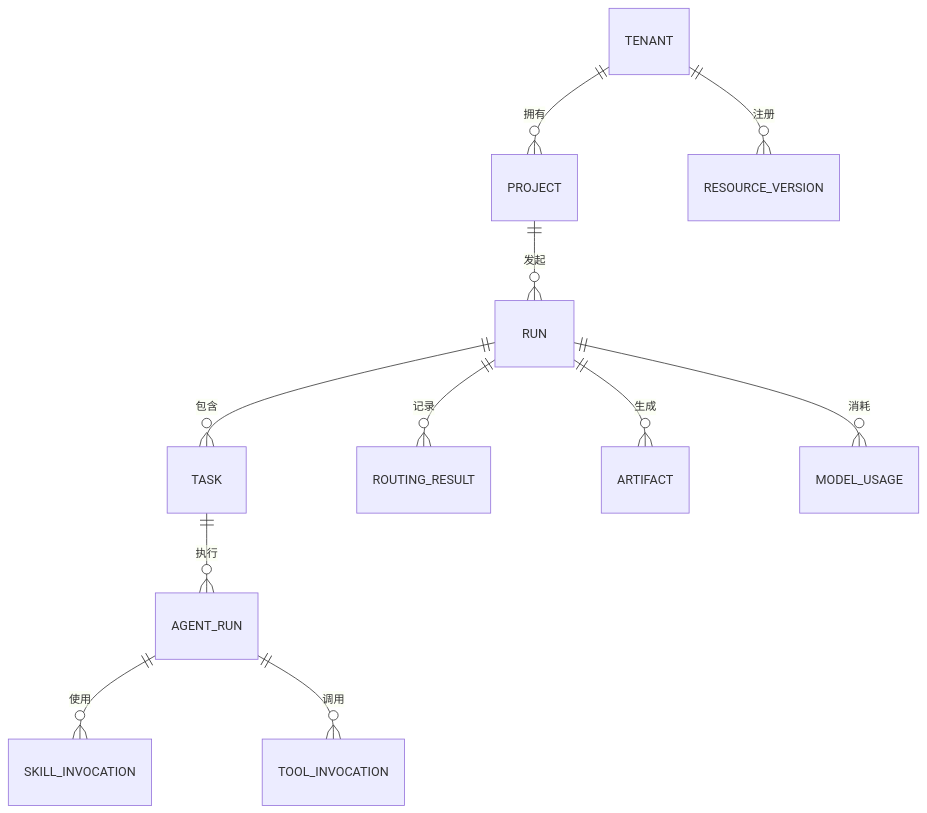
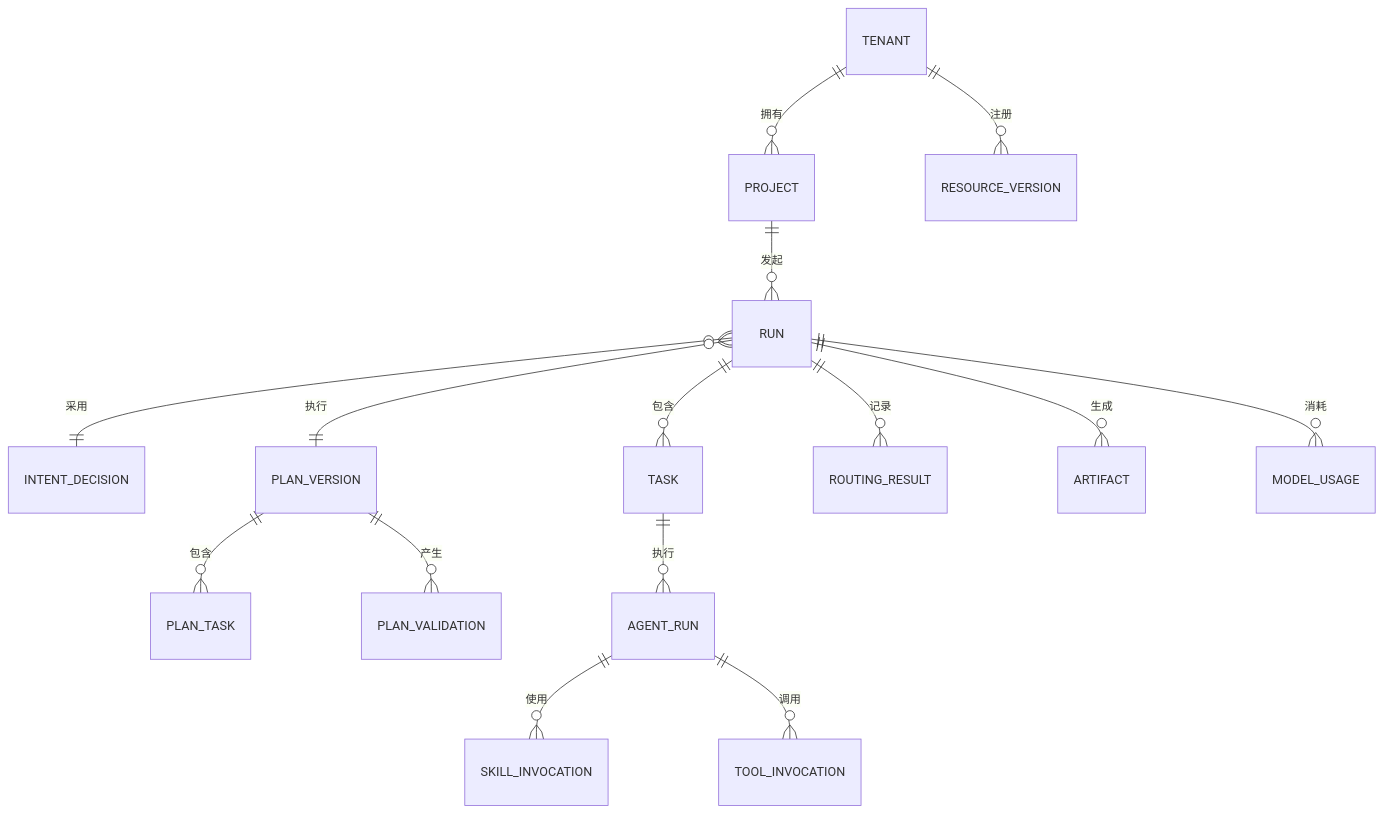
The diagram in docs/architecture/data-model.md (iboosky3/NexusOS), drawn with Mermaid before and after one commit. The commit also changed other lines of this file and 50 other files, not shown here.

Commit message:
feat(studio): add intent-driven task orchestration and scoped workspaces

````diff
--- a/docs/architecture/data-model.md
+++ b/docs/architecture/data-model.md
@@ -5,13 +7,17 @@
 ```mermaid
 erDiagram
     TENANT ||--o{ PROJECT : 拥有
     TENANT ||--o{ RESOURCE_VERSION : 注册
     PROJECT ||--o{ RUN : 发起
+    RUN }o--|| INTENT_DECISION : 采用
+    RUN }o--|| PLAN_VERSION : 执行
+    PLAN_VERSION ||--o{ PLAN_TASK : 包含
+    PLAN_VERSION ||--o{ PLAN_VALIDATION : 产生
     RUN ||--o{ TASK : 包含
     TASK ||--o{ AGENT_RUN : 执行
     AGENT_RUN ||--o{ SKILL_INVOCATION : 使用
     AGENT_RUN ||--o{ TOOL_INVOCATION : 调用
     RUN ||--o{ ROUTING_RESULT : 记录
     RUN ||--o{ ARTIFACT : 生成
     RUN ||--o{ MODEL_USAGE : 消耗
 ```
````
